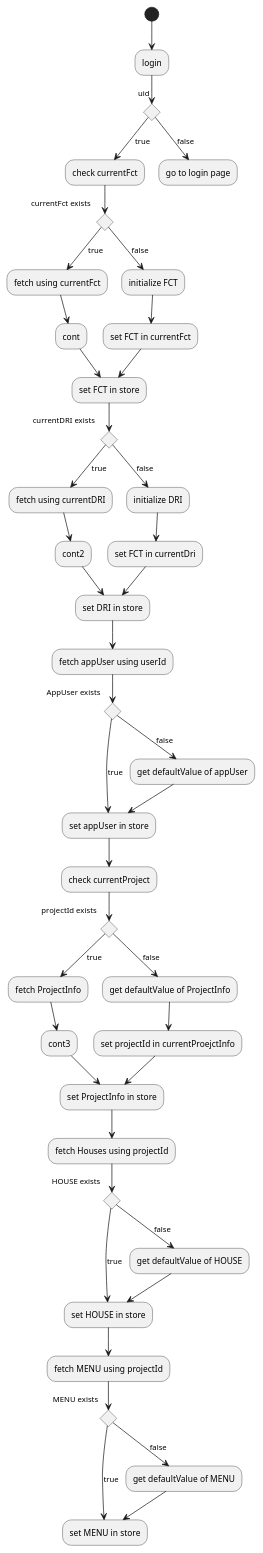
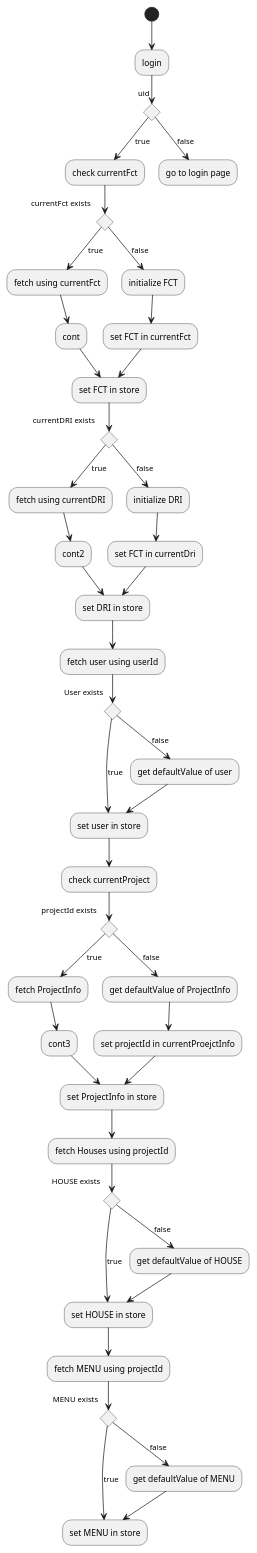
One commit to snakada1615/codeSpace231212 changed the third of 3 diagrams in src/assets/figures.pu. Above: the diagram before and after it, drawn with PlantUML. The commit also changed 18 other files, not shown here.

```diff
--- a/src/assets/figures.pu
+++ b/src/assets/figures.pu
@@ -11,63 +11,63 @@
 @startuml initialization
 (*)-->login
 if uid then
  -->[true] "check currentFct"
  if "currentFct exists" then
    -->[true] "fetch using currentFct"
    -->"cont"
    -->"set FCT in store"
  else
    -->[false] "initialize FCT"
    -->"set FCT in currentFct"
    -->"set FCT in store" 
  endif
  if "currentDRI exists" then
    -->[true] "fetch using currentDRI"
    -->"cont2"
    -->"set DRI in store"
  else
    -->[false] "initialize DRI"
    -->"set FCT in currentDri"
    -->"set DRI in store"
  endif
 
- --> "fetch appUser using userId"
- if "AppUser exists" then
-   -->[true] "set appUser in store"
+ --> "fetch user using userId"
+ if "User exists" then
+   -->[true] "set user in store"
  else 
-   -->[false] "get defaultValue of appUser"
-   -->"set appUser in store"  
+   -->[false] "get defaultValue of user"
+   -->"set user in store"  
  endif
 
  --> "check currentProject"
  if "projectId exists" then
    -->[true] "fetch ProjectInfo"
    -->"cont3"
    -->"set ProjectInfo in store"
  else 
    -->[false] "get defaultValue of ProjectInfo"
    -->"set projectId in currentProejctInfo"
    -->"set ProjectInfo in store"  
  endif
 
  --> "fetch Houses using projectId"
  if "HOUSE exists" then
    -->[true] "set HOUSE in store"
  else 
    -->[false] "get defaultValue of HOUSE"
    -->"set HOUSE in store"  
  endif
 
 
  --> "fetch MENU using projectId"
  if "MENU exists" then
    -->[true] "set MENU in store"
  else 
    -->[false] "get defaultValue of MENU"
    -->"set MENU in store"  
  endif
 
 else
  -->[false] "go to login page"
  
 @enduml
```
